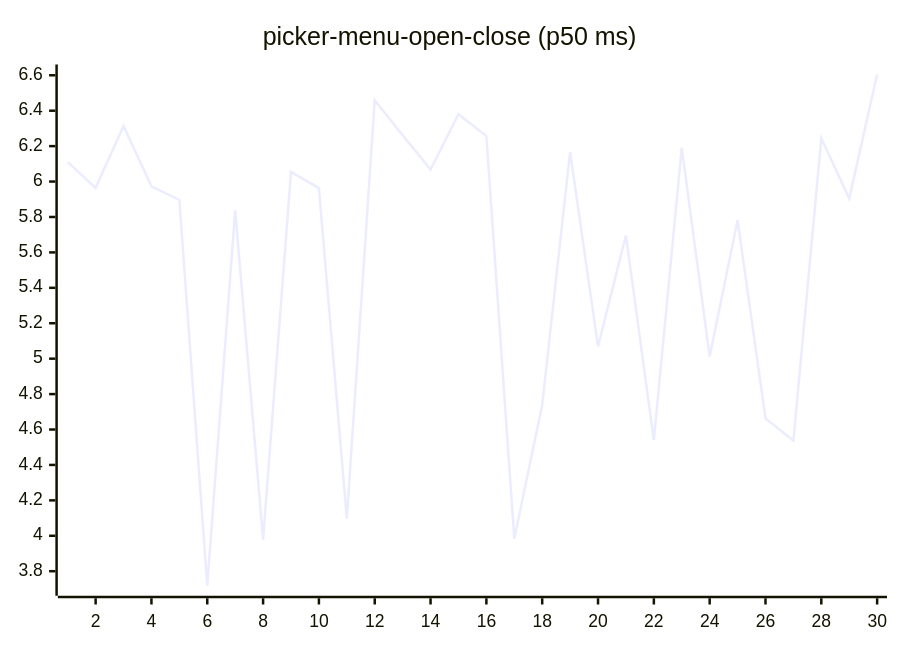
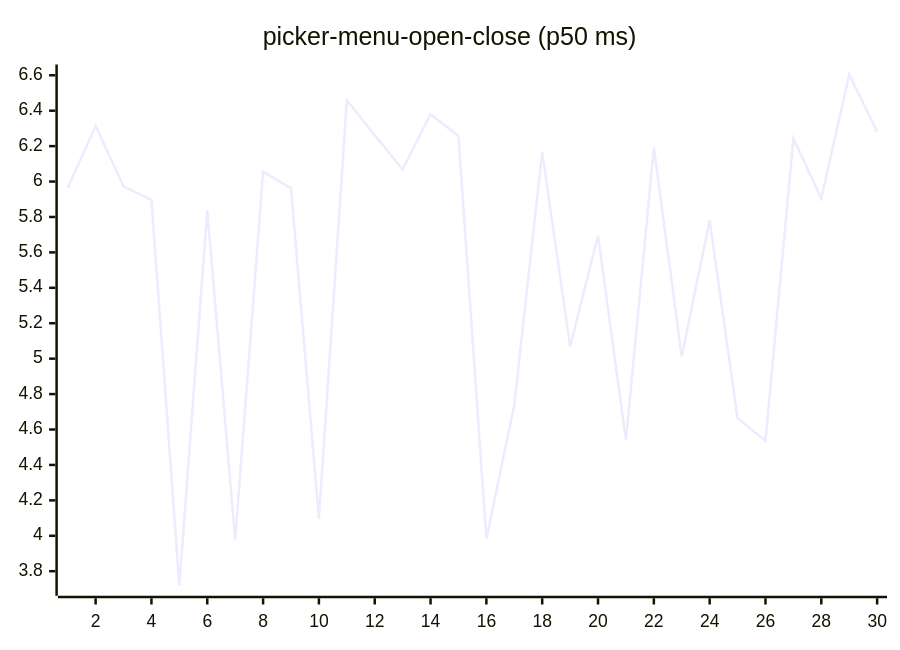
Diagram 16 of 27 in README.md (josha/Facet), drawn with Mermaid before and after one commit. The commit also changed other lines of this file and 2 other files, not shown here.

````diff
--- a/README.md
+++ b/README.md
@@ -168,6 +168,6 @@
 ```mermaid
 xychart-beta
     title "picker-menu-open-close (p50 ms)"
     x-axis 1 --> 30
-    line [6.1100, 5.9646, 6.3137, 5.9733, 5.8960, 3.7179, 5.8378, 3.9788, 6.0543, 5.9629, 4.0972, 6.4594, 6.2618, 6.0678, 6.3801, 6.2569, 3.9826, 4.7388, 6.1676, 5.0690, 5.6954, 4.5402, 6.1912, 5.0120, 5.7822, 4.6627, 4.5372, 6.2442, 5.9038, 6.6044]
+    line [5.9646, 6.3137, 5.9733, 5.8960, 3.7179, 5.8378, 3.9788, 6.0543, 5.9629, 4.0972, 6.4594, 6.2618, 6.0678, 6.3801, 6.2569, 3.9826, 4.7388, 6.1676, 5.0690, 5.6954, 4.5402, 6.1912, 5.0120, 5.7822, 4.6627, 4.5372, 6.2442, 5.9038, 6.6044, 6.2815]
 ```
````
